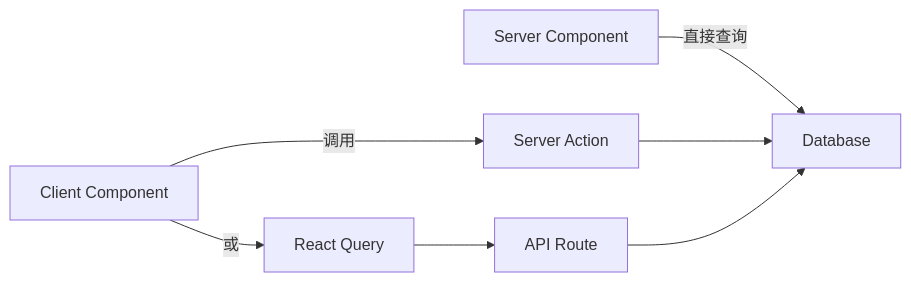
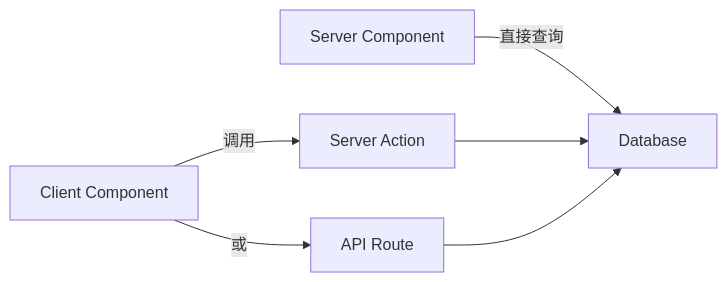
The fourth of 5 diagrams in README.md (cccbbbaaaa/culture_china), drawn with Mermaid before and after one commit. The commit also changed other lines of this file, not shown here.

````diff
--- a/README.md
+++ b/README.md
@@ -323,9 +326,8 @@
 ```mermaid
 graph LR
     A[Server Component] -->|直接查询| B[Database]
     C[Client Component] -->|调用| D[Server Action]
-    C -->|或| E[React Query]
+    C -->|或| E[API Route]
     D --> B
-    E --> F[API Route]
-    F --> B
+    E --> B
 ```
````
